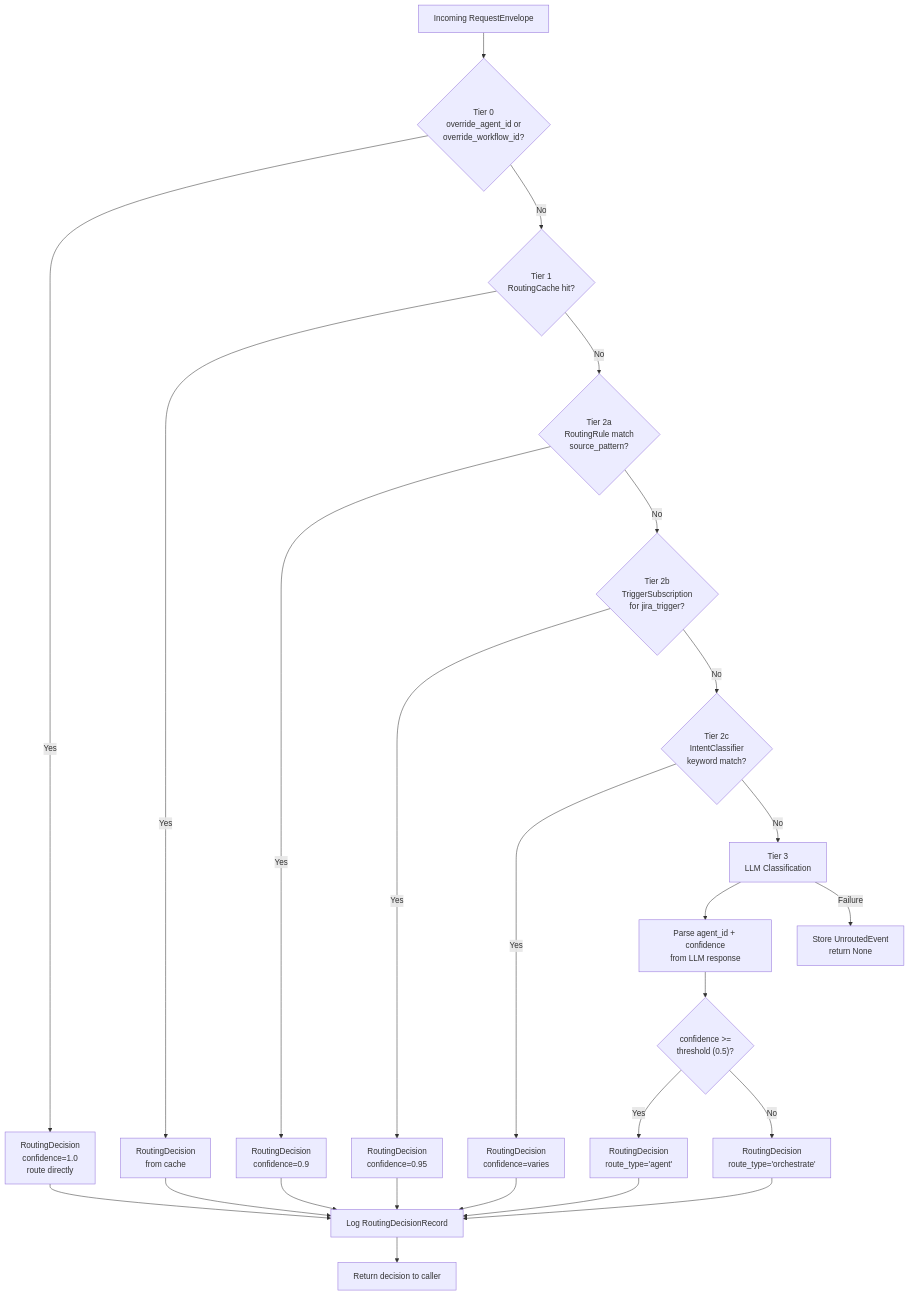
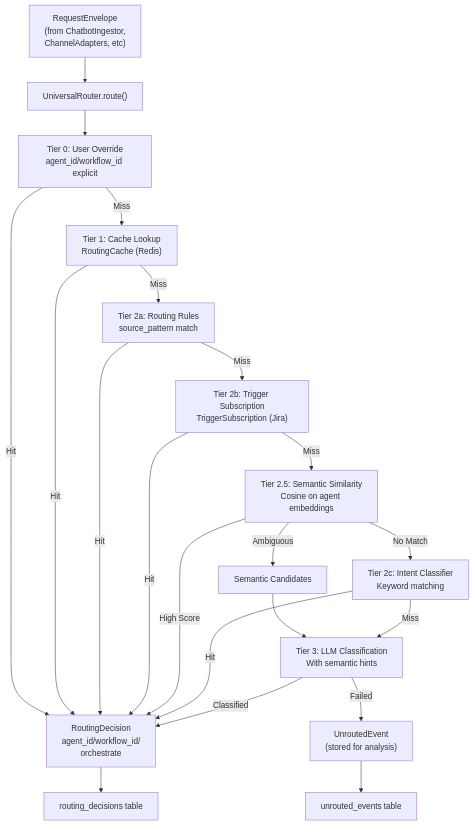
Before and after one commit to AutomatosAI/automatos-ai: the first of 3 diagrams in docs/universal-router/_index.md, drawn with Mermaid. The commit also changed other lines of this file and 149 other files, not shown here.

Commit message:
docs: refresh documentation with graphify semantic scan

````diff
--- a/docs/universal-router/_index.md
+++ b/docs/universal-router/_index.md
@@ -45,29 +55,44 @@
 ```mermaid
-flowchart TD
-    Start["Incoming RequestEnvelope"] --> Tier0{"Tier 0<br/>override_agent_id or<br/>override_workflow_id?"}
-    Tier0 -->|Yes| T0Decision["RoutingDecision<br/>confidence=1.0<br/>route directly"]
-    Tier0 -->|No| Tier1{"Tier 1<br/>RoutingCache hit?"}
-    Tier1 -->|Yes| T1Decision["RoutingDecision<br/>from cache"]
-    Tier1 -->|No| Tier2a{"Tier 2a<br/>RoutingRule match<br/>source_pattern?"}
-    Tier2a -->|Yes| T2aDecision["RoutingDecision<br/>confidence=0.9"]
-    Tier2a -->|No| Tier2b{"Tier 2b<br/>TriggerSubscription<br/>for jira_trigger?"}
-    Tier2b -->|Yes| T2bDecision["RoutingDecision<br/>confidence=0.95"]
-    Tier2b -->|No| Tier2c{"Tier 2c<br/>IntentClassifier<br/>keyword match?"}
-    Tier2c -->|Yes| T2cDecision["RoutingDecision<br/>confidence=varies"]
-    Tier2c -->|No| Tier3["Tier 3<br/>LLM Classification"]
-    Tier3 --> LLMParse["Parse agent_id + confidence<br/>from LLM response"]
-    LLMParse --> ConfCheck{"confidence >=<br/>threshold (0.5)?"}
-    ConfCheck -->|Yes| T3DirectDecision["RoutingDecision<br/>route_type='agent'"]
-    ConfCheck -->|No| T3OrchDecision["RoutingDecision<br/>route_type='orchestrate'"]
-    Tier3 -->|Failure| UnroutedEvent["Store UnroutedEvent<br/>return None"]
+graph TB
+    Input["RequestEnvelope<br/>(from ChatbotIngestor,<br/>ChannelAdapters, etc)"]
+    Router["UniversalRouter.route()"]
     
-    T0Decision --> LogDecision["Log RoutingDecisionRecord"]
-    T1Decision --> LogDecision
-    T2aDecision --> LogDecision
-    T2bDecision --> LogDecision
-    T2cDecision --> LogDecision
-    T3DirectDecision --> LogDecision
-    T3OrchDecision --> LogDecision
+    Input --> Router
     
-    LogDecision --> Return["Return decision to caller"]
+    Router --> T0["Tier 0: User Override<br/>agent_id/workflow_id explicit"]
+    T0 -->|Hit| Decision
+    T0 -->|Miss| T1
+    
+    T1["Tier 1: Cache Lookup<br/>RoutingCache (Redis)"]
+    T1 -->|Hit| Decision
+    T1 -->|Miss| T2a
+    
+    T2a["Tier 2a: Routing Rules<br/>source_pattern match"]
+    T2a -->|Hit| Decision
+    T2a -->|Miss| T2b
+    
+    T2b["Tier 2b: Trigger Subscription<br/>TriggerSubscription (Jira)"]
+    T2b -->|Hit| Decision
+    T2b -->|Miss| T2_5
+    
+    T2_5["Tier 2.5: Semantic Similarity<br/>Cosine on agent embeddings"]
+    T2_5 -->|High Score| Decision
+    T2_5 -->|Ambiguous| Candidates
+    
+    Candidates["Semantic Candidates"] --> T3
+    T2_5 -->|No Match| T2c
+    
+    T2c["Tier 2c: Intent Classifier<br/>Keyword matching"]
+    T2c -->|Hit| Decision
+    T2c -->|Miss| T3
+    
+    T3["Tier 3: LLM Classification<br/>With semantic hints"]
+    T3 -->|Classified| Decision
+    T3 -->|Failed| Unrouted
+    
+    Decision["RoutingDecision<br/>agent_id/workflow_id/<br/>orchestrate"]
+    Unrouted["UnroutedEvent<br/>(stored for analysis)"]
+    
+    Decision --> Log["routing_decisions table"]
+    Unrouted --> UnroutedTable["unrouted_events table"]
 ```
````
